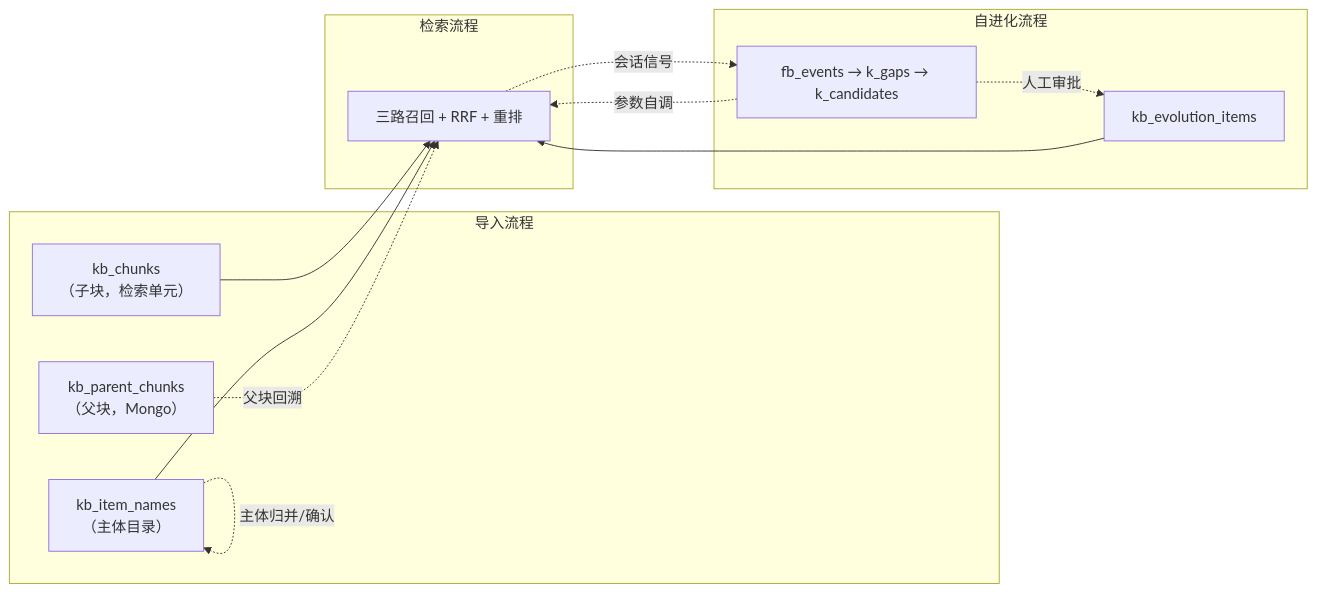
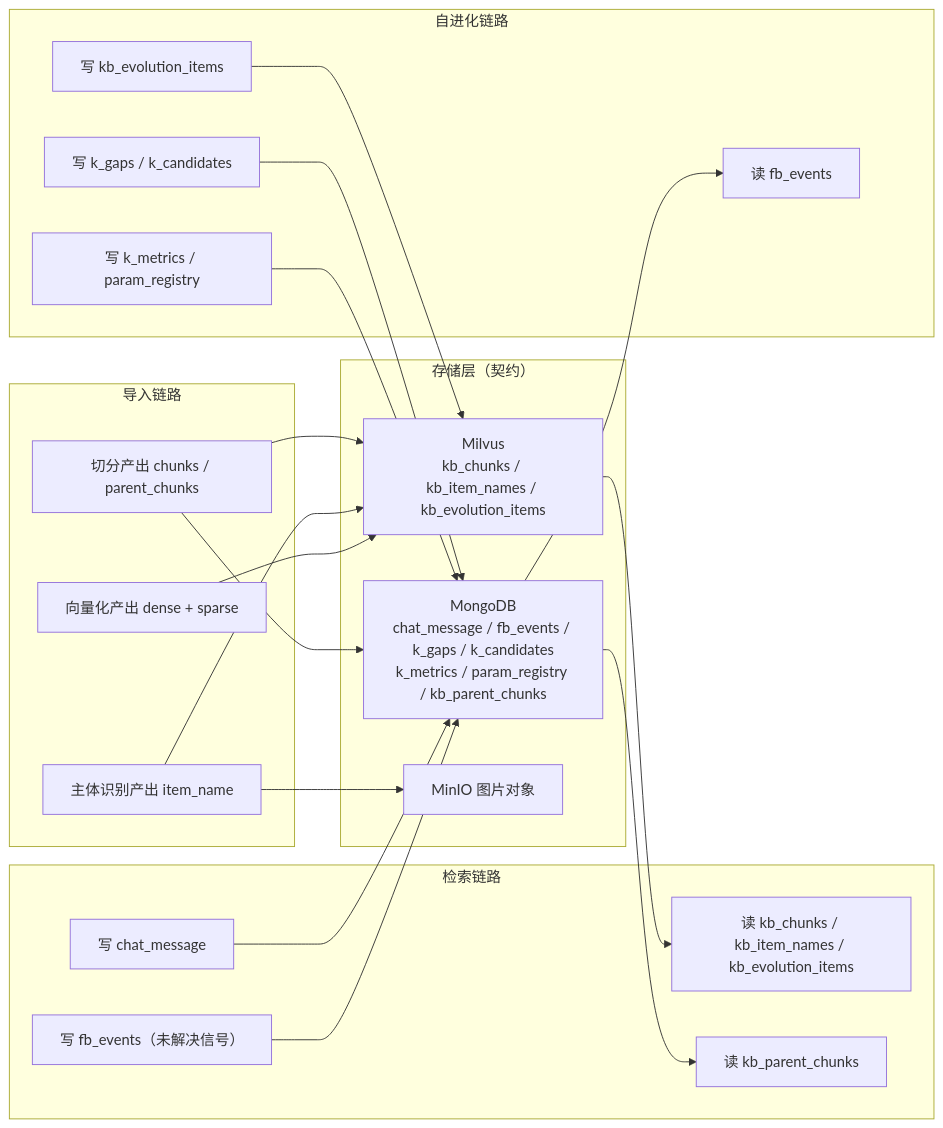
The eighth of 10 diagrams in docs/se_rag-技术讲解文档.md (LZX842056112/se_rag), drawn with Mermaid before and after one commit. The commit also changed other lines of this file and 3 other files, not shown here.

````diff
--- a/docs/se_rag-技术讲解文档.md
+++ b/docs/se_rag-技术讲解文档.md
@@ -488,26 +352,39 @@
 ```mermaid
 flowchart LR
-    subgraph IMP["导入流程"]
-        A1["kb_chunks<br/>（子块，检索单元）"]
-        A2["kb_item_names<br/>（主体目录）"]
-        A3["kb_parent_chunks<br/>（父块，Mongo）"]
+    subgraph IMPORT["导入链路"]
+        I1["切分产出 chunks / parent_chunks"]
+        I2["主体识别产出 item_name"]
+        I3["向量化产出 dense + sparse"]
+    end
+    subgraph STORE["存储层（契约）"]
+        S1["Milvus<br/>kb_chunks / kb_item_names / kb_evolution_items"]
+        S2["MongoDB<br/>chat_message / fb_events / k_gaps / k_candidates<br/>k_metrics / param_registry / kb_parent_chunks"]
+        S3["MinIO 图片对象"]
+    end
+    subgraph QUERY["检索链路"]
+        Q1["读 kb_chunks / kb_item_names / kb_evolution_items"]
+        Q2["读 kb_parent_chunks"]
+        Q3["写 chat_message"]
+        Q4["写 fb_events（未解决信号）"]
+    end
+    subgraph EVO["自进化链路"]
+        E1["读 fb_events"]
+        E2["写 k_gaps / k_candidates"]
+        E3["写 kb_evolution_items"]
+        E4["写 k_metrics / param_registry"]
     end
 
-    subgraph QRY["检索流程"]
-        B1["三路召回 + RRF + 重排"]
-    end
-
-    subgraph EVO["自进化流程"]
-        C1["fb_events → k_gaps → k_candidates"]
-        C2["kb_evolution_items"]
-    end
-
-    A1 --> B1
-    A2 --> B1
-    A2 -. 主体归并/确认 .-> A2
-    A3 -. 父块回溯 .-> B1
-    C2 --> B1
-    B1 -. 会话信号 .-> C1
-    C1 -. 人工审批 .-> C2
-    C1 -. 参数自调 .-> B1
+    I1 --> S1
+    I2 --> S1
+    I3 --> S1
+    I1 --> S2
+    I2 --> S3
+    S1 --> Q1
+    S2 --> Q2
+    Q3 --> S2
+    Q4 --> S2
+    S2 --> E1
+    E2 --> S2
+    E3 --> S1
+    E4 --> S2
 ```
````
